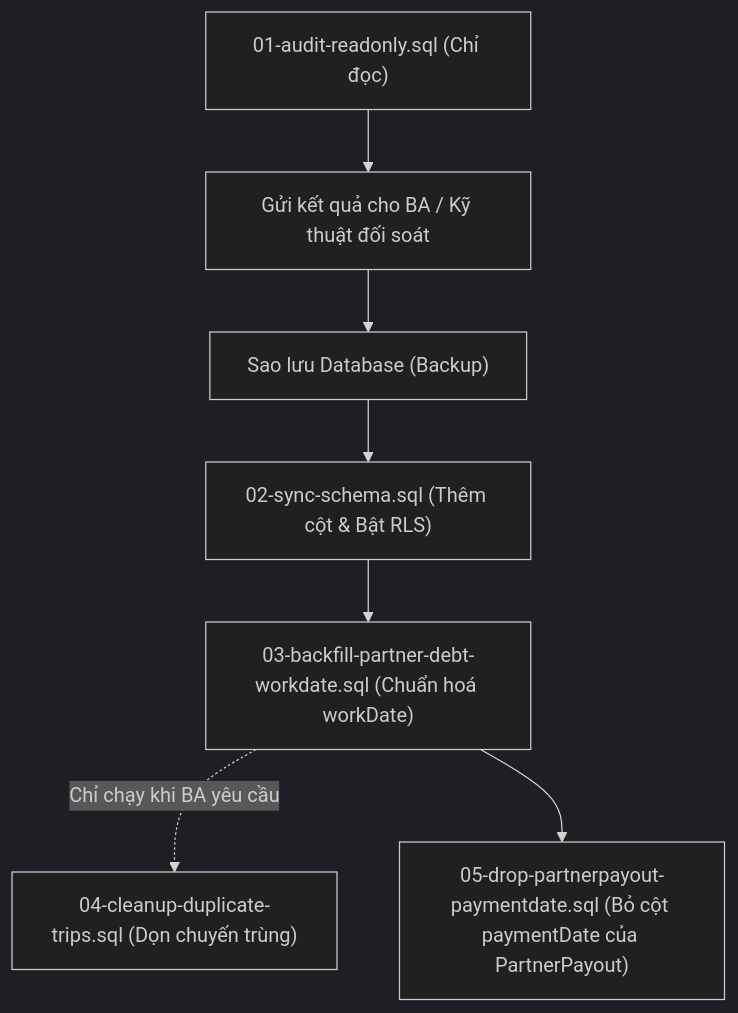
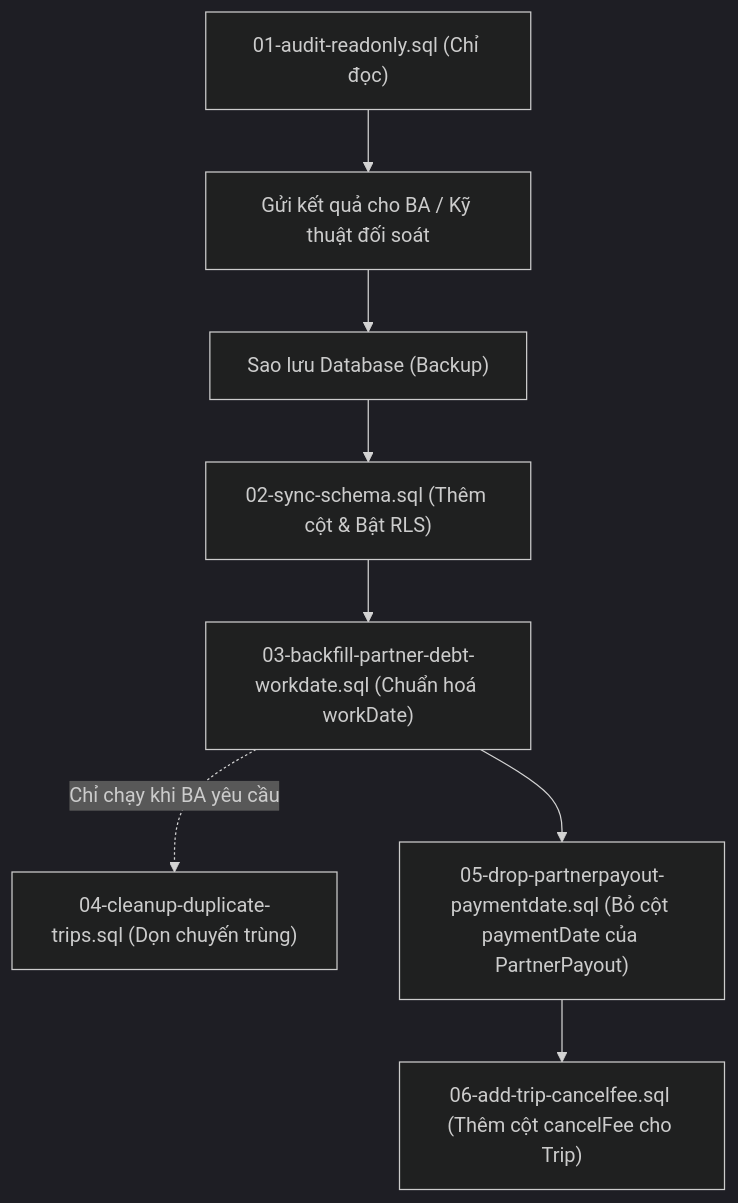
The diagram in web/supabase/scripts/README.md (xuanthai-work/CarMS), drawn with Mermaid (dark theme) before and after one commit. The commit also changed other lines of this file and 14 other files, not shown here.

````diff
--- a/web/supabase/scripts/README.md
+++ b/web/supabase/scripts/README.md
@@ -15,9 +15,10 @@
 ```mermaid
 flowchart TD
     A["01-audit-readonly.sql (Chỉ đọc)"] --> B["Gửi kết quả cho BA / Kỹ thuật đối soát"]
     B --> C["Sao lưu Database (Backup)"]
     C --> D["02-sync-schema.sql (Thêm cột & Bật RLS)"]
     D --> E["03-backfill-partner-debt-workdate.sql (Chuẩn hoá workDate)"]
     E -.->|Chỉ chạy khi BA yêu cầu| F["04-cleanup-duplicate-trips.sql (Dọn chuyến trùng)"]
     E --> G["05-drop-partnerpayout-paymentdate.sql (Bỏ cột paymentDate của PartnerPayout)"]
+    G --> H["06-add-trip-cancelfee.sql (Thêm cột cancelFee cho Trip)"]
 ```
````
